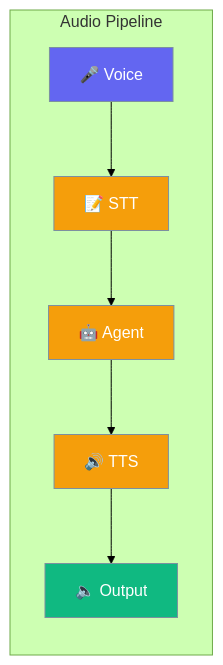
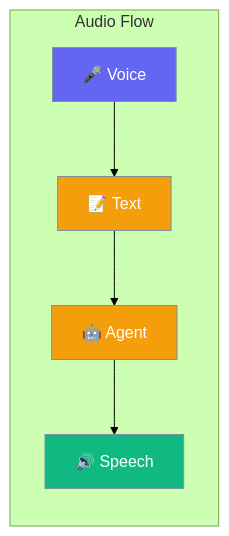
The diagram in docs/rust/audio.mdx (MervinPraison/PraisonAIDocs), drawn with Mermaid (forest theme) before and after one commit. The commit also changed other lines of this file and 87 other files, not shown here.

````diff
--- a/docs/rust/audio.mdx
+++ b/docs/rust/audio.mdx
@@ -10,17 +10,16 @@
 ```mermaid
 graph LR
-    subgraph "Audio Pipeline"
-        V[🎤 Voice] --> S[📝 STT]
-        S --> A[🤖 Agent]
-        A --> T[🔊 TTS]
-        T --> O[🔈 Output]
+    subgraph "Audio Flow"
+        V[🎤 Voice] --> T[📝 Text]
+        T --> A[🤖 Agent]
+        A --> S[🔊 Speech]
     end
     
     classDef input fill:#6366F1,stroke:#7C90A0,color:#fff
-    classDef process fill:#F59E0B,stroke:#7C90A0,color:#fff
+    classDef agent fill:#F59E0B,stroke:#7C90A0,color:#fff
     classDef output fill:#10B981,stroke:#7C90A0,color:#fff
     
     class V input
-    class S,A,T process
-    class O output
+    class T,A agent
+    class S output
 ```
````
